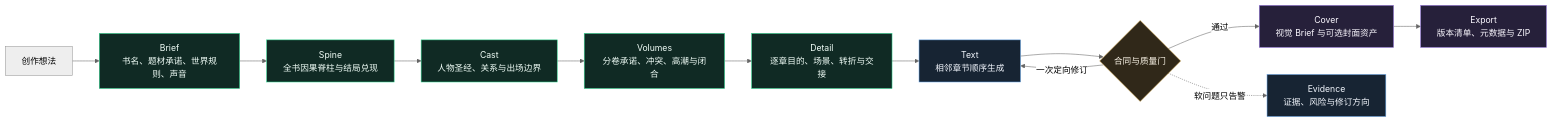
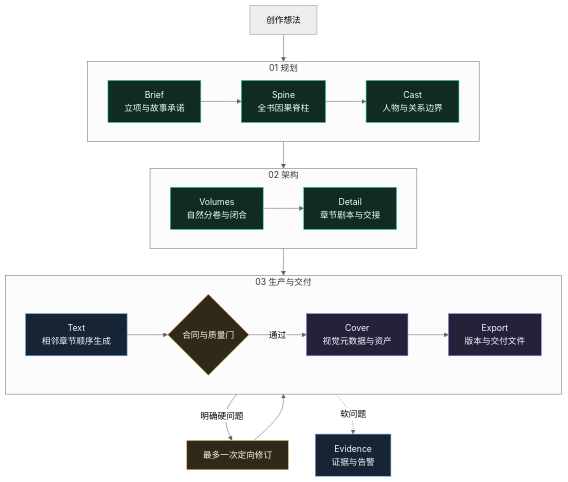
Before and after one commit to isla4ever/yotsuba-ink: the first of 2 diagrams in README.md, drawn with Mermaid (neutral theme). The commit also changed other lines of this file and 32 other files, not shown here.

````diff
--- a/README.md
+++ b/README.md
@@ -33,23 +33,33 @@
 ```mermaid
-flowchart LR
-  idea["创作想法"] --> brief["Brief<br/>书名、题材承诺、世界规则、声音"]
-  brief --> spine["Spine<br/>全书因果脊柱与结局兑现"]
-  spine --> cast["Cast<br/>人物圣经、关系与出场边界"]
-  cast --> volumes["Volumes<br/>分卷承诺、冲突、高潮与闭合"]
-  volumes --> detail["Detail<br/>逐章目的、场景、转折与交接"]
-  detail --> text["Text<br/>相邻章节顺序生成"]
-  text --> gate{"合同与质量门"}
-  gate -->|通过| cover["Cover<br/>视觉 Brief 与可选封面资产"]
-  gate -->|一次定向修订| text
-  gate -. 软问题只告警 .-> evidence["Evidence<br/>证据、风险与修订方向"]
-  cover --> export["Export<br/>版本清单、元数据与 ZIP"]
+flowchart TB
+  idea["创作想法"] --> brief
+
+  subgraph planningStage["01 规划"]
+    direction LR
+    brief["Brief<br/>立项与故事承诺"] --> spine["Spine<br/>全书因果脊柱"] --> cast["Cast<br/>人物与关系边界"]
+  end
+
+  subgraph architectureStage["02 架构"]
+    direction LR
+    volumes["Volumes<br/>自然分卷与闭合"] --> detail["Detail<br/>章节剧本与交接"]
+  end
+
+  subgraph productionStage["03 生产与交付"]
+    direction LR
+    text["Text<br/>相邻章节顺序生成"] --> qualityGate{"合同与质量门"} -->|通过| cover["Cover<br/>视觉元数据与资产"] --> export["Export<br/>版本与交付文件"]
+  end
+
+  cast --> volumes
+  detail --> text
+  qualityGate -->|明确硬问题| revision["最多一次定向修订"] --> text
+  qualityGate -.->|软问题| evidence["Evidence<br/>证据与告警"]
 
   classDef planning fill:#102a24,stroke:#2fd68f,color:#f2fff9;
   classDef writing fill:#172433,stroke:#69a7e8,color:#f4f8ff;
   classDef decision fill:#302819,stroke:#d8ad54,color:#fff9ec;
   classDef delivery fill:#26203a,stroke:#9a7ce2,color:#fbf8ff;
   class brief,spine,cast,volumes,detail planning;
   class text,evidence writing;
-  class gate decision;
+  class qualityGate,revision decision;
   class cover,export delivery;
 ```
````
